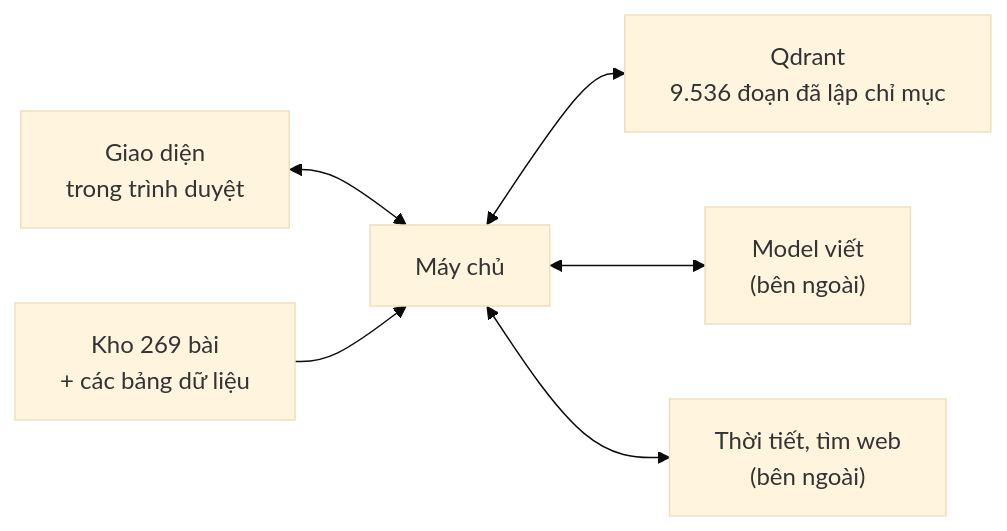
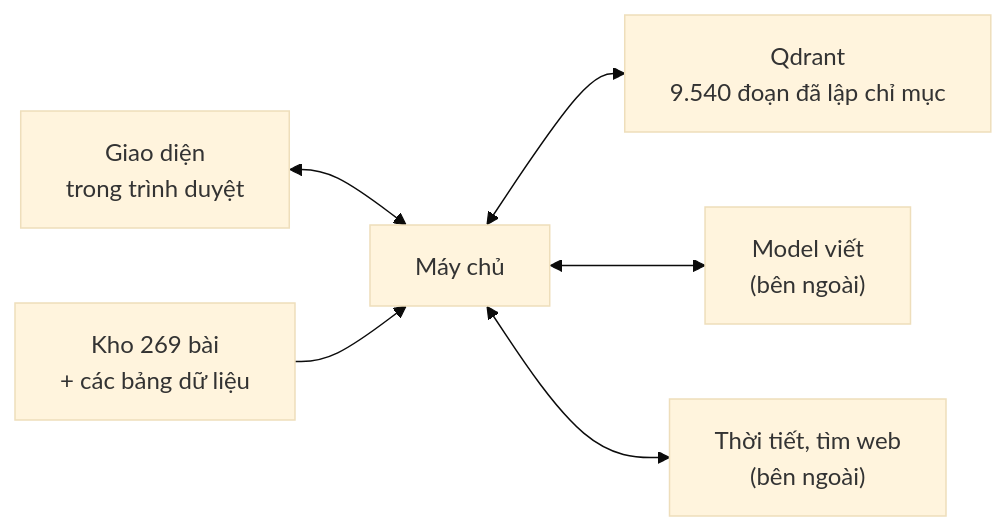
One commit to Sunny-sunnyy/chatbot-hue changed the diagram in bai_hoc/giao_trinh/06_KIEN_TRUC.md. Above: the diagram before and after it, drawn with Mermaid (base theme). The commit also changed other lines of this file and 24 other files, not shown here.

````diff
--- a/bai_hoc/giao_trinh/06_KIEN_TRUC.md
+++ b/bai_hoc/giao_trinh/06_KIEN_TRUC.md
@@ -45,8 +45,8 @@
 ```mermaid
 flowchart LR
   U["Giao diện<br/>trong trình duyệt"] <--> S["Máy chủ"]
-  S <--> Q["Qdrant<br/>9.536 đoạn đã lập chỉ mục"]
+  S <--> Q["Qdrant<br/>9.540 đoạn đã lập chỉ mục"]
   K["Kho 269 bài<br/>+ các bảng dữ liệu"] --> S
   S <--> M["Model viết<br/>(bên ngoài)"]
   S <--> X["Thời tiết, tìm web<br/>(bên ngoài)"]
 ```
````
